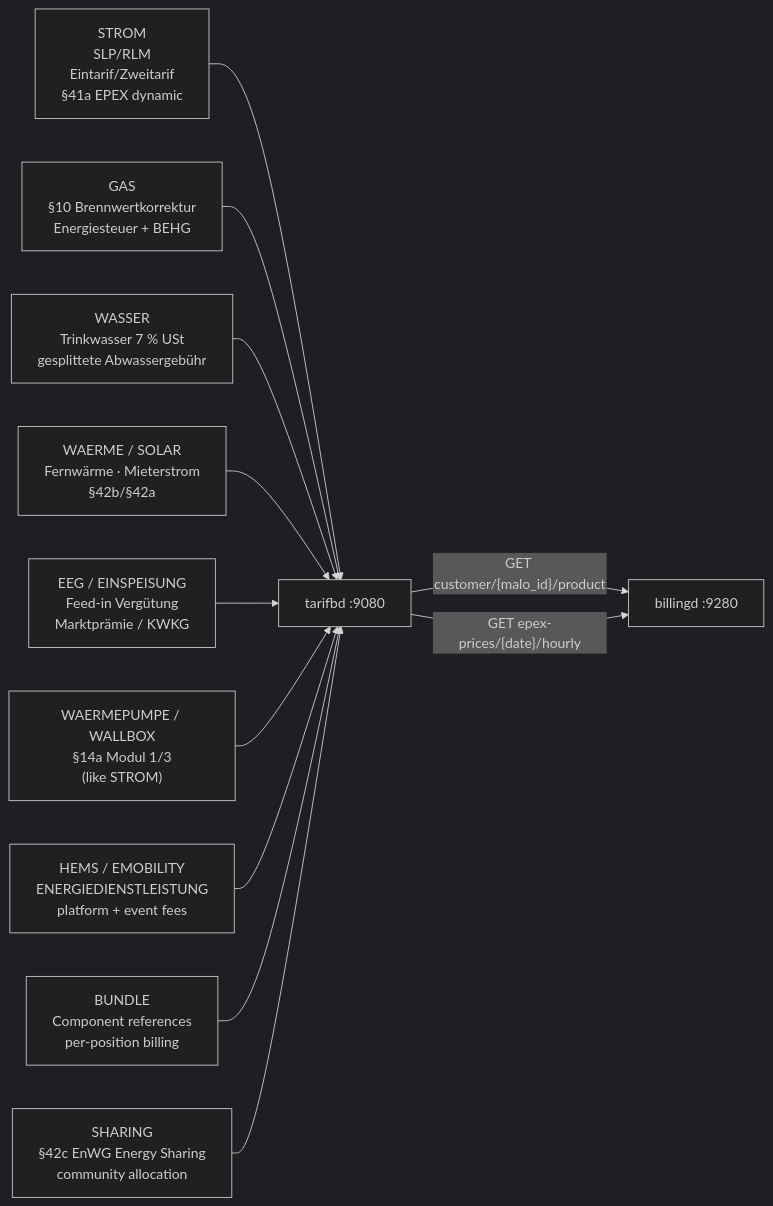
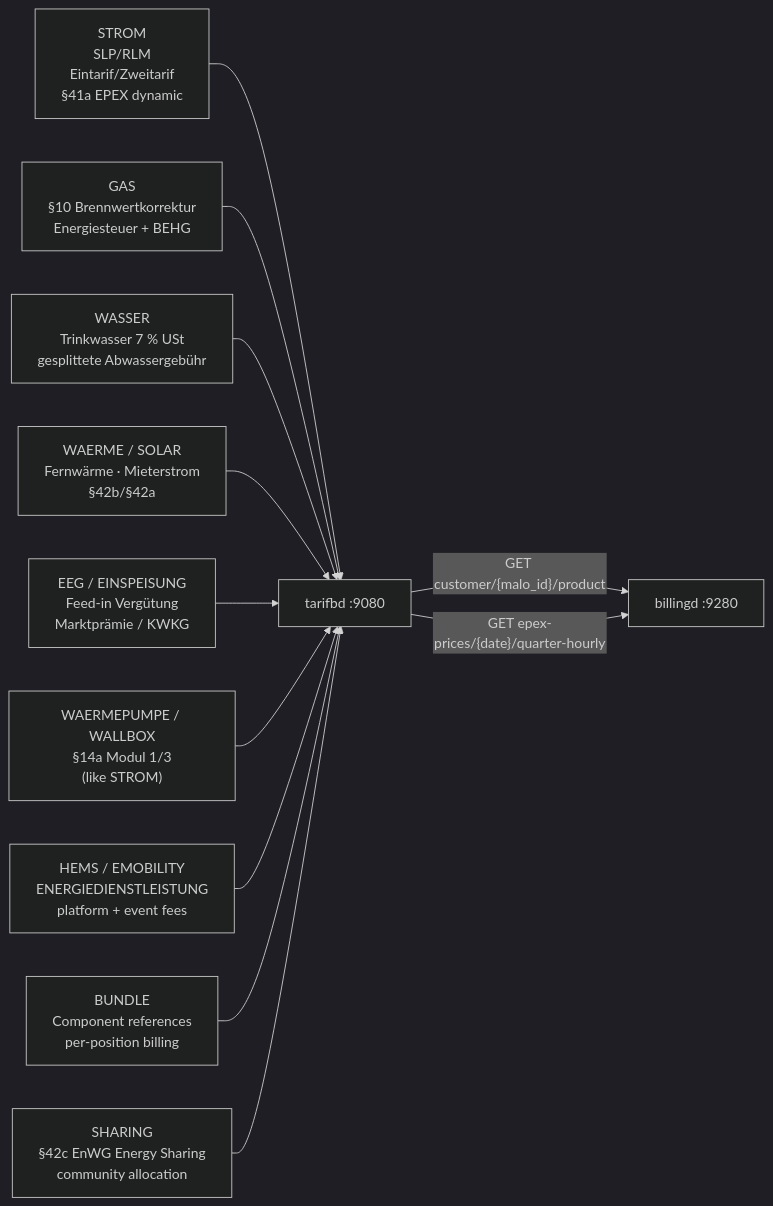
The diagram in docs/tarifbd.md (hupe1980/mako), drawn with Mermaid (dark theme) before and after one commit. The commit also changed other lines of this file and 274 other files, not shown here.

````diff
--- a/docs/tarifbd.md
+++ b/docs/tarifbd.md
@@ -38,17 +38,17 @@
 ```mermaid
 graph LR
     STROM["STROM\nSLP/RLM\nEintarif/Zweitarif\n§41a EPEX dynamic"]
     GAS["GAS\n§10 Brennwertkorrektur\nEnergiesteuer + BEHG"]
     WASSER["WASSER\nTrinkwasser 7 % USt\ngesplittete Abwassergebühr"]
     WAERME["WAERME / SOLAR\nFernwärme · Mieterstrom\n§42b/§42a"]
     EEG["EEG / EINSPEISUNG\nFeed-in Vergütung\nMarktprämie / KWKG"]
     SMART["WAERMEPUMPE / WALLBOX\n§14a Modul 1/3\n(like STROM)"]
     SERV["HEMS / EMOBILITY\nENERGIEDIENSTLEISTUNG\nplatform + event fees"]
     BUNDLE["BUNDLE\nComponent references\nper-position billing"]
     SHARING["SHARING\n§42c EnWG Energy Sharing\ncommunity allocation"]
     tarifbd["tarifbd :9080"]
     STROM & GAS & WASSER & WAERME & EEG --> tarifbd
     SMART & SERV & BUNDLE & SHARING --> tarifbd
     tarifbd -->|"GET customer/{malo_id}/product"| billingd["billingd :9280"]
-    tarifbd -->|"GET epex-prices/{date}/hourly"| billingd
+    tarifbd -->|"GET epex-prices/{date}/quarter-hourly"| billingd
 ```
````
